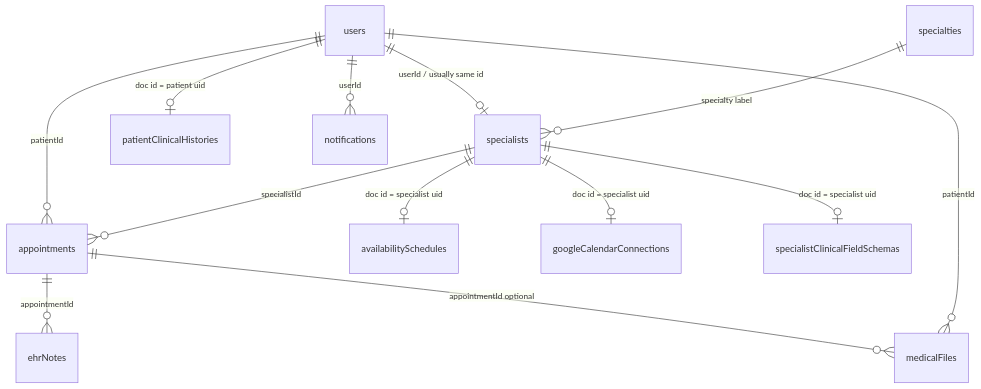
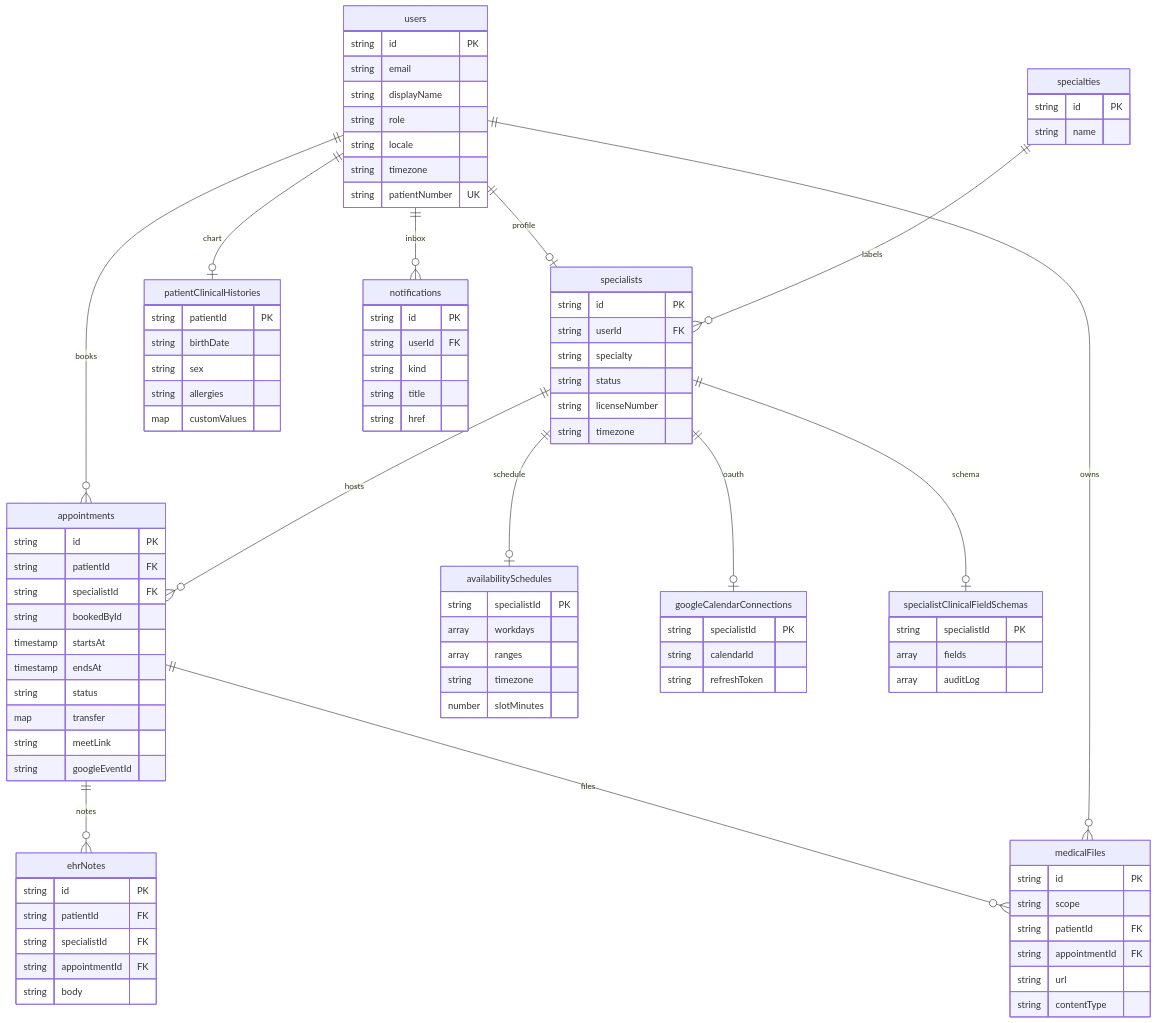
Before and after one commit to erickorso/yelena-booking: the second of 2 diagrams in README.md, drawn with Mermaid.

Commit message:
docs: ERD Firestore con campos estilo erick-market
Diagrama mermaid con entidades y atributos clave en el README.

````diff
--- a/README.md
+++ b/README.md
@@ -116,15 +116,95 @@
 ```mermaid
 erDiagram
-  users ||--o| specialists : "userId / usually same id"
-  users ||--o| patientClinicalHistories : "doc id = patient uid"
-  users ||--o{ appointments : "patientId"
-  specialists ||--o{ appointments : "specialistId"
-  specialists ||--o| availabilitySchedules : "doc id = specialist uid"
-  specialists ||--o| googleCalendarConnections : "doc id = specialist uid"
-  specialists ||--o| specialistClinicalFieldSchemas : "doc id = specialist uid"
-  appointments ||--o{ ehrNotes : "appointmentId"
-  appointments ||--o{ medicalFiles : "appointmentId optional"
-  users ||--o{ medicalFiles : "patientId"
-  users ||--o{ notifications : "userId"
-  specialties ||--o{ specialists : "specialty label"
+  users ||--o| specialists : profile
+  users ||--o| patientClinicalHistories : chart
+  users ||--o{ appointments : books
+  specialists ||--o{ appointments : hosts
+  specialists ||--o| availabilitySchedules : schedule
+  specialists ||--o| googleCalendarConnections : oauth
+  specialists ||--o| specialistClinicalFieldSchemas : schema
+  appointments ||--o{ ehrNotes : notes
+  appointments ||--o{ medicalFiles : files
+  users ||--o{ medicalFiles : owns
+  users ||--o{ notifications : inbox
+  specialties ||--o{ specialists : labels
+
+  users {
+    string id PK
+    string email
+    string displayName
+    string role
+    string locale
+    string timezone
+    string patientNumber UK
+  }
+  specialists {
+    string id PK
+    string userId FK
+    string specialty
+    string status
+    string licenseNumber
+    string timezone
+  }
+  specialties {
+    string id PK
+    string name
+  }
+  appointments {
+    string id PK
+    string patientId FK
+    string specialistId FK
+    string bookedById
+    timestamp startsAt
+    timestamp endsAt
+    string status
+    map transfer
+    string meetLink
+    string googleEventId
+  }
+  availabilitySchedules {
+    string specialistId PK
+    array workdays
+    array ranges
+    string timezone
+    number slotMinutes
+  }
+  googleCalendarConnections {
+    string specialistId PK
+    string calendarId
+    string refreshToken
+  }
+  patientClinicalHistories {
+    string patientId PK
+    string birthDate
+    string sex
+    string allergies
+    map customValues
+  }
+  specialistClinicalFieldSchemas {
+    string specialistId PK
+    array fields
+    array auditLog
+  }
+  ehrNotes {
+    string id PK
+    string patientId FK
+    string specialistId FK
+    string appointmentId FK
+    string body
+  }
+  medicalFiles {
+    string id PK
+    string scope
+    string patientId FK
+    string appointmentId FK
+    string url
+    string contentType
+  }
+  notifications {
+    string id PK
+    string userId FK
+    string kind
+    string title
+    string href
+  }
 ```
````
